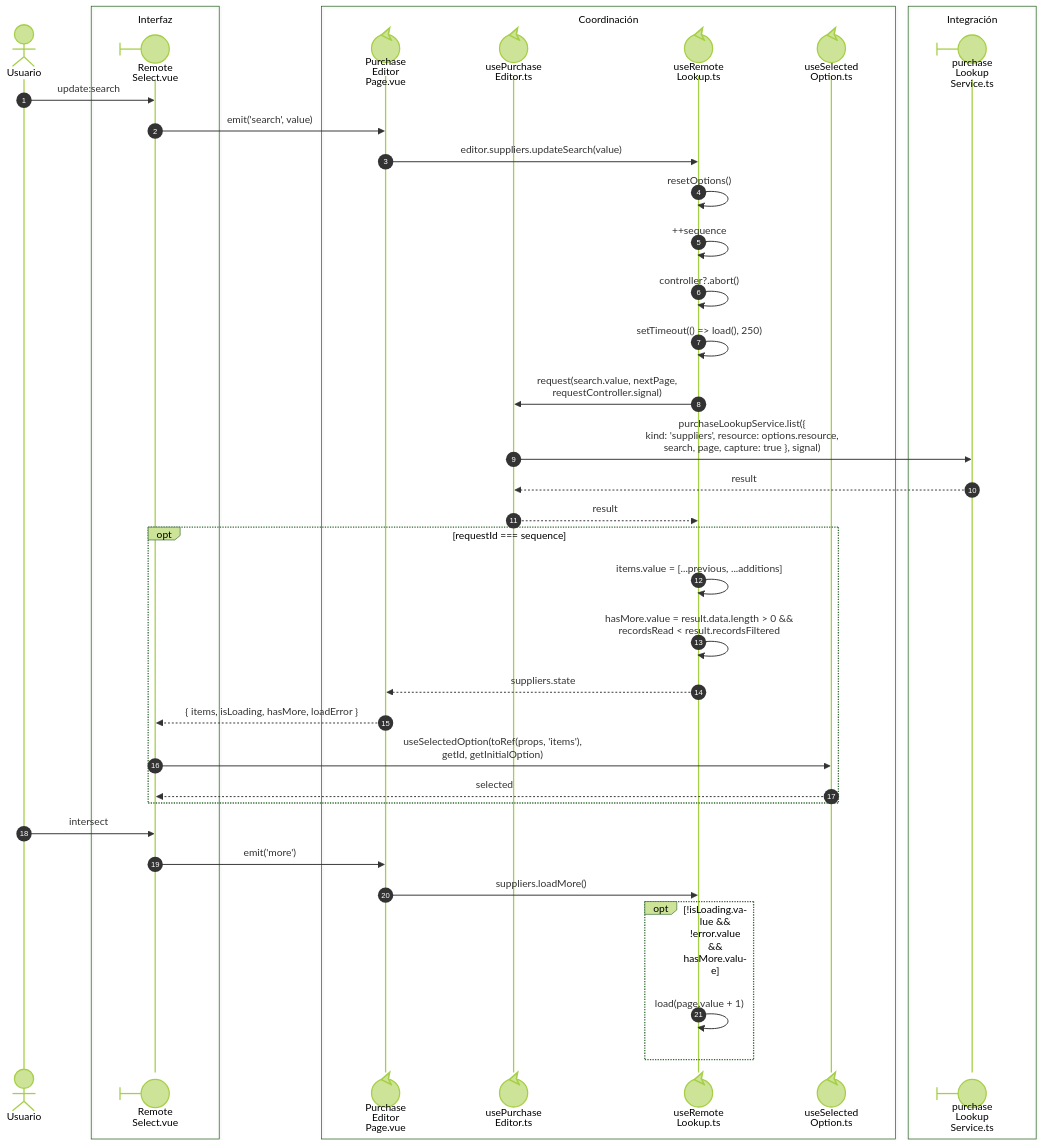
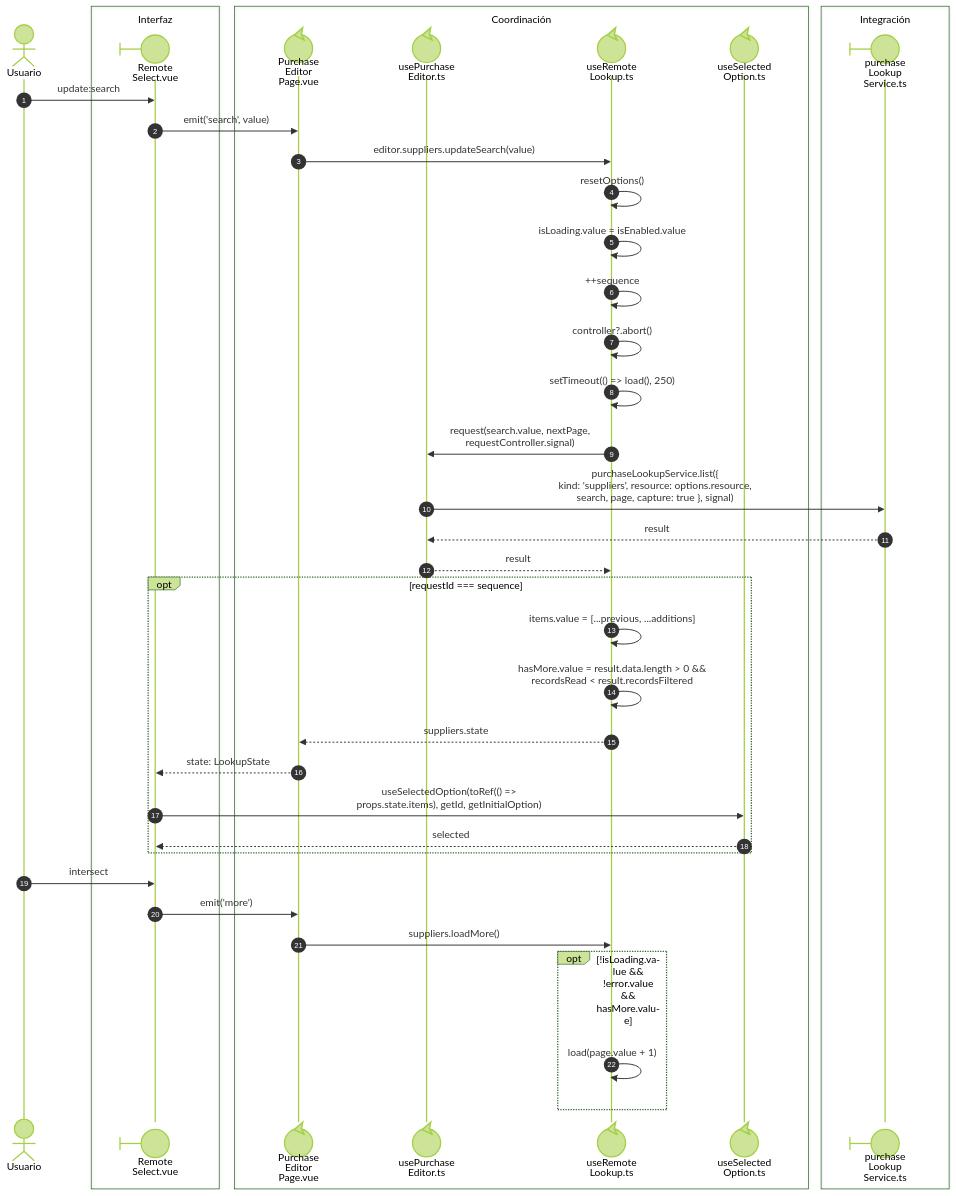
The diagram in front/docs/architecture/views/processes/02-shared-runtime/03-remote-lookup.md (gpgsistemas01/nexus), drawn with Mermaid (forest theme) before and after one commit. The commit also changed 82 other files, not shown here.

````diff
--- a/front/docs/architecture/views/processes/02-shared-runtime/03-remote-lookup.md
+++ b/front/docs/architecture/views/processes/02-shared-runtime/03-remote-lookup.md
@@ -9,42 +9,43 @@
 ```mermaid
 sequenceDiagram
     autonumber
     actor U as Usuario
     box Interfaz
     participant Select@{ "type": "boundary" } as Remote<br/>Select.vue
     end
     box Coordinación
     participant Page@{ "type": "control" } as Purchase<br/>Editor<br/>Page.vue
     participant Editor@{ "type": "control" } as usePurchase<br/>Editor.ts
     participant Lookup@{ "type": "control" } as useRemote<br/>Lookup.ts
     participant Selection@{ "type": "control" } as useSelected<br/>Option.ts
     end
     box Integración
     participant Service@{ "type": "boundary" } as purchase<br/>Lookup<br/>Service.ts
     end
     U->>Select: nowrap: update:search
     Select->>Page: nowrap: emit('search', value)
     Page->>Lookup: nowrap: editor.suppliers.updateSearch(value)
     Lookup->>Lookup: nowrap: resetOptions()
+    Lookup->>Lookup: nowrap: isLoading.value = isEnabled.value
     Lookup->>Lookup: nowrap: ++sequence
     Lookup->>Lookup: nowrap: controller?.abort()
     Lookup->>Lookup: nowrap: setTimeout(() => load(), 250)
     Lookup->>Editor: nowrap: request(search.value, nextPage,<br/>requestController.signal)
     Editor->>Service: nowrap: purchaseLookupService.list({<br/>kind: 'suppliers', resource: options.resource,<br/>search, page, capture: true }, signal)
     Service-->>Editor: nowrap: result
     Editor-->>Lookup: nowrap: result
     opt nowrap: requestId === sequence
         Lookup->>Lookup: nowrap: items.value = [...previous, ...additions]
         Lookup->>Lookup: nowrap: hasMore.value = result.data.length > 0 &&<br/>recordsRead < result.recordsFiltered
         Lookup-->>Page: nowrap: suppliers.state
-        Page-->>Select: nowrap: { items, isLoading, hasMore, loadError }
-        Select->>Selection: nowrap: useSelectedOption(toRef(props, 'items'),<br/>getId, getInitialOption)
+        Page-->>Select: nowrap: state: LookupState
+        Select->>Selection: nowrap: useSelectedOption(toRef(() =><br/>props.state.items), getId, getInitialOption)
         Selection-->>Select: nowrap: selected
     end
     U->>Select: nowrap: intersect
     Select->>Page: nowrap: emit('more')
     Page->>Lookup: nowrap: suppliers.loadMore()
     opt nowrap: !isLoading.value && !error.value && hasMore.value
         Lookup->>Lookup: nowrap: load(page.value + 1)
     end
 ```
````
